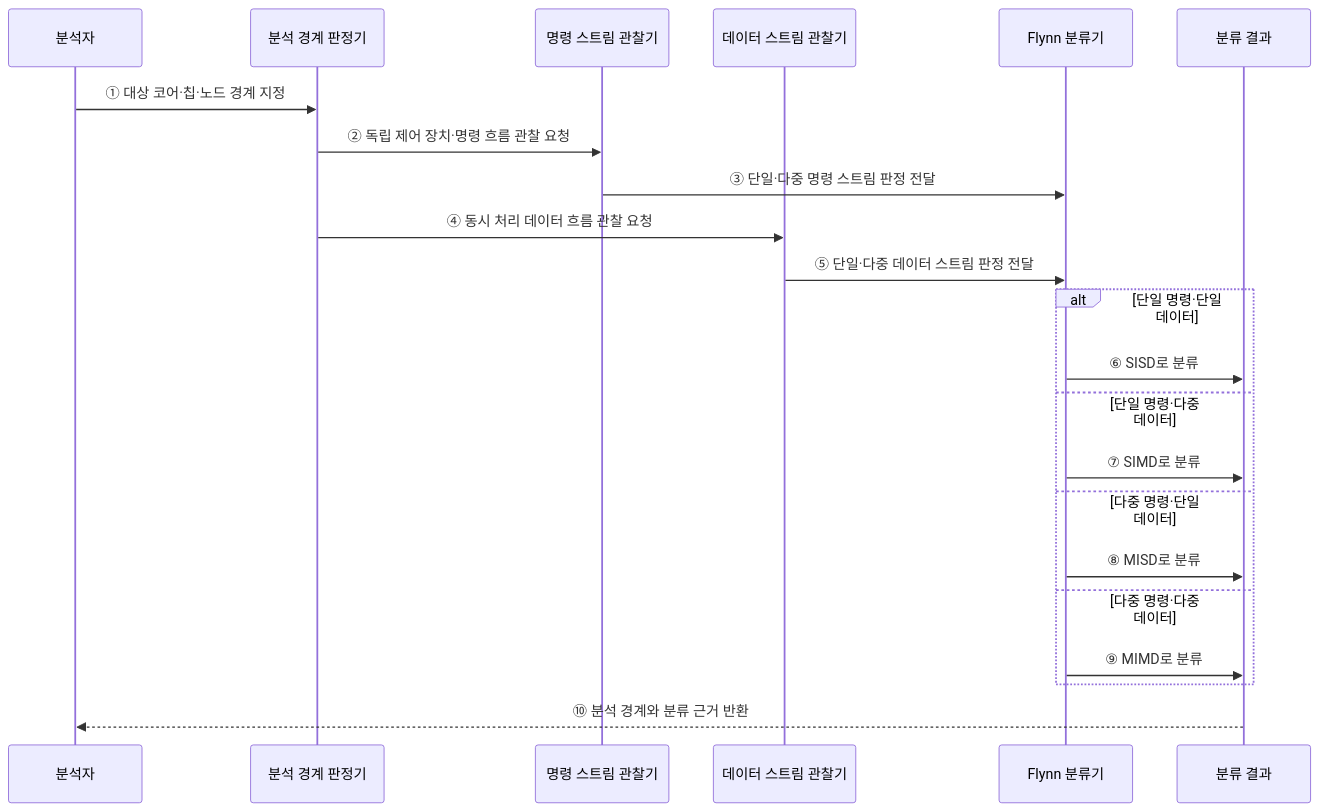
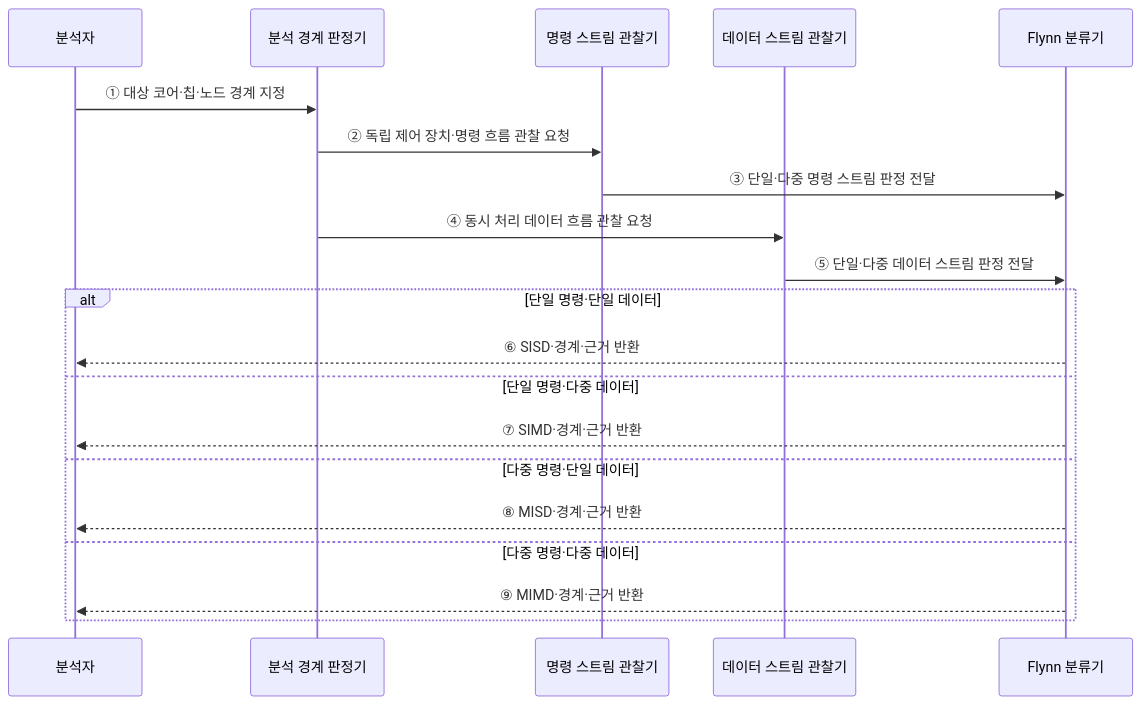
Before and after one commit to agnusdei1207/knowledge-base: the second of 2 diagrams in src/content/docs/notes/02-hardware/052_flynns_taxonomy.md, drawn with Mermaid. The commit also changed other lines of this file and 20 other files, not shown here.

````diff
--- a/src/content/docs/notes/02-hardware/052_flynns_taxonomy.md
+++ b/src/content/docs/notes/02-hardware/052_flynns_taxonomy.md
@@ -88,25 +79,23 @@
 ```mermaid
 sequenceDiagram
     participant A as 분석자
     participant B as 분석 경계 판정기
     participant I as 명령 스트림 관찰기
     participant D as 데이터 스트림 관찰기
     participant F as Flynn 분류기
-    participant R as 분류 결과
 
     A->>B: ① 대상 코어·칩·노드 경계 지정
     B->>I: ② 독립 제어 장치·명령 흐름 관찰 요청
     I->>F: ③ 단일·다중 명령 스트림 판정 전달
     B->>D: ④ 동시 처리 데이터 흐름 관찰 요청
     D->>F: ⑤ 단일·다중 데이터 스트림 판정 전달
     alt 단일 명령·단일 데이터
-        F->>R: ⑥ SISD로 분류
+        F-->>A: ⑥ SISD·경계·근거 반환
     else 단일 명령·다중 데이터
-        F->>R: ⑦ SIMD로 분류
+        F-->>A: ⑦ SIMD·경계·근거 반환
     else 다중 명령·단일 데이터
-        F->>R: ⑧ MISD로 분류
+        F-->>A: ⑧ MISD·경계·근거 반환
     else 다중 명령·다중 데이터
-        F->>R: ⑨ MIMD로 분류
+        F-->>A: ⑨ MIMD·경계·근거 반환
     end
-    R-->>A: ⑩ 분석 경계와 분류 근거 반환
 ```
````
